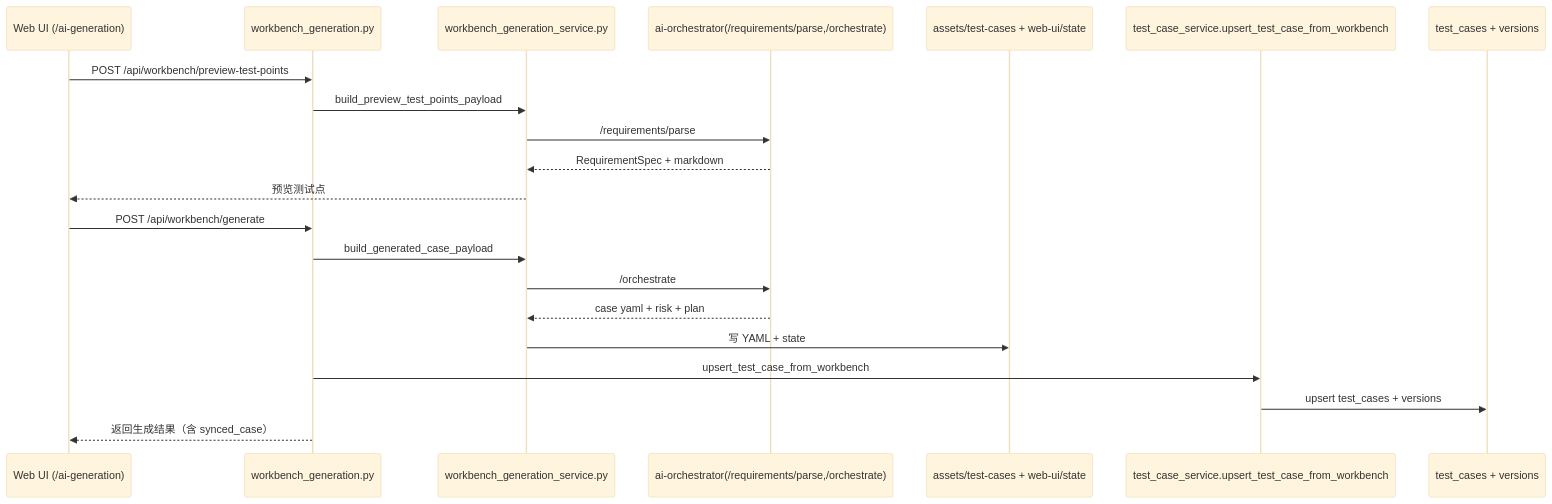
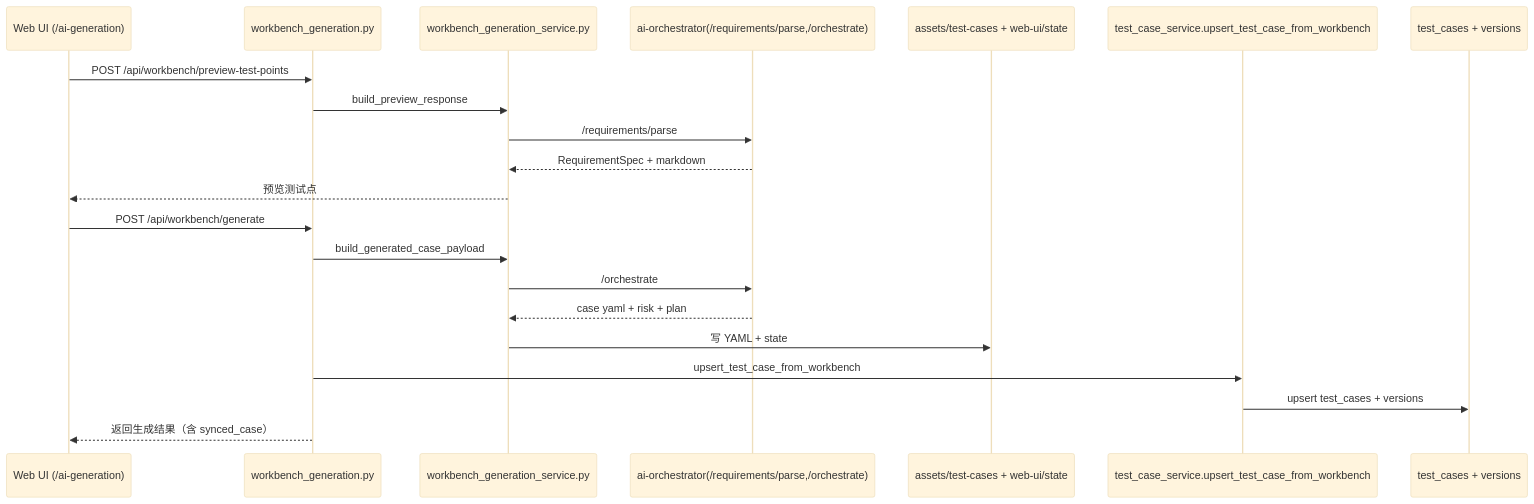
The second of 4 diagrams in docs/architecture/enterprise-ai-test-platform-full-architecture-and-gap-closure-2026-04-06.md (Chloeqq/ai-test-platform), drawn with Mermaid (base theme) before and after one commit. The commit also changed other lines of this file and 699 other files, not shown here.

````diff
--- a/docs/architecture/enterprise-ai-test-platform-full-architecture-and-gap-closure-2026-04-06.md
+++ b/docs/architecture/enterprise-ai-test-platform-full-architecture-and-gap-closure-2026-04-06.md
@@ -96,25 +96,25 @@
 ```mermaid
 sequenceDiagram
   participant UI as Web UI (/ai-generation)
   participant WG as workbench_generation.py
   participant WGS as workbench_generation_service.py
   participant ORC as ai-orchestrator(/requirements/parse,/orchestrate)
   participant ASSET as assets/test-cases + web-ui/state
   participant CASE as test_case_service.upsert_test_case_from_workbench
   participant DB as test_cases + versions
 
   UI->>WG: POST /api/workbench/preview-test-points
-  WG->>WGS: build_preview_test_points_payload
+  WG->>WGS: build_preview_response
   WGS->>ORC: /requirements/parse
   ORC-->>WGS: RequirementSpec + markdown
   WGS-->>UI: 预览测试点
 
   UI->>WG: POST /api/workbench/generate
   WG->>WGS: build_generated_case_payload
   WGS->>ORC: /orchestrate
   ORC-->>WGS: case yaml + risk + plan
   WGS->>ASSET: 写 YAML + state
   WG->>CASE: upsert_test_case_from_workbench
   CASE->>DB: upsert test_cases + versions
   WG-->>UI: 返回生成结果（含 synced_case）
 ```
````
